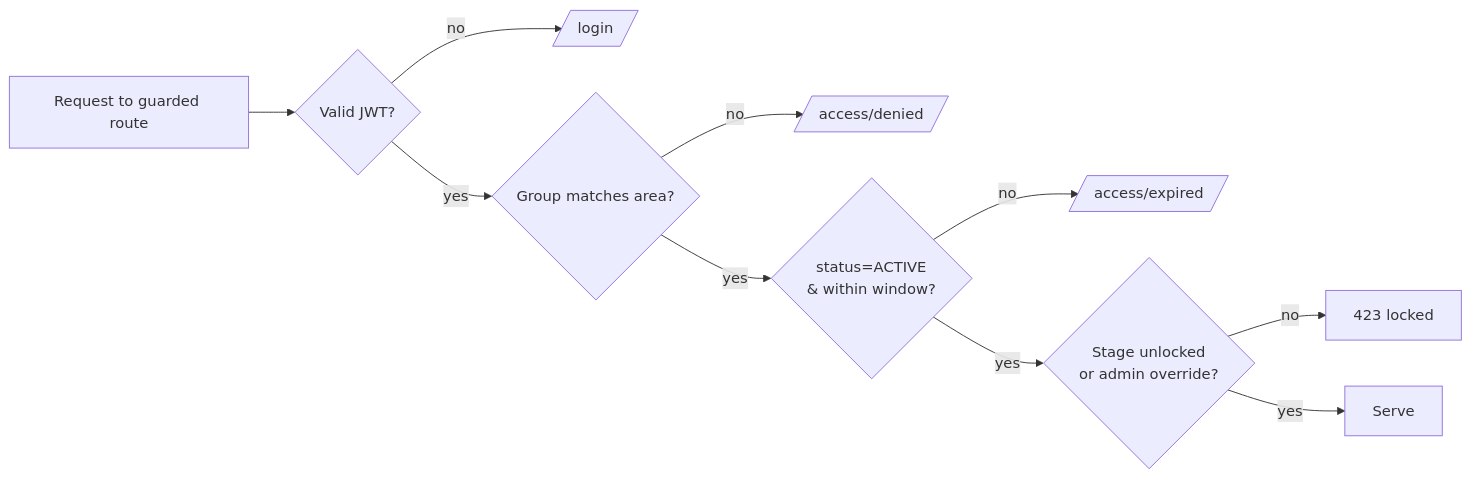
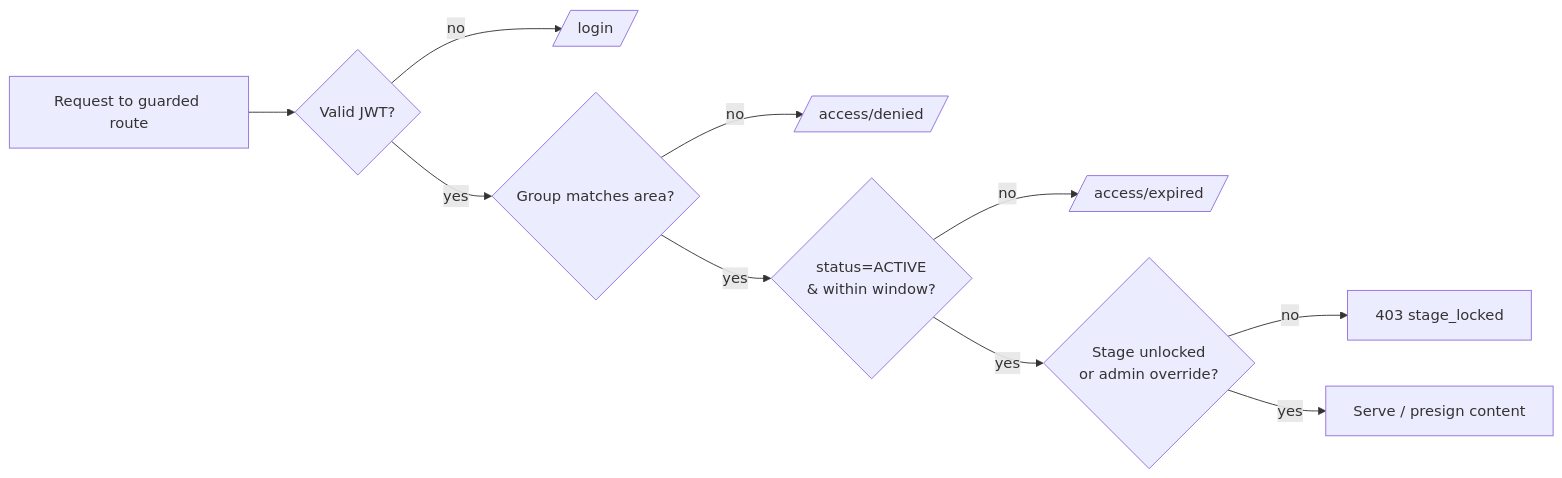
Before and after one commit to tccao/stem-career-path-ai-era: the second of 3 diagrams in docs/Architecture-Design.md, drawn with Mermaid. The commit also changed other lines of this file and 7 other files, not shown here.

Commit message:
refactor: decouple donation flow from Stripe to Zeffy for launch and initialize platform documentation suite

````diff
--- a/docs/Architecture-Design.md
+++ b/docs/Architecture-Design.md
@@ -282,12 +304,12 @@
 ```mermaid
 flowchart LR
     R[Request to guarded route] --> A{Valid JWT?}
     A -- no --> L[/login/]
     A -- yes --> G{Group matches area?}
     G -- no --> D[/access/denied/]
     G -- yes --> S{status=ACTIVE<br/>& within window?}
     S -- no --> E[/access/expired/]
     S -- yes --> Z{Stage unlocked<br/>or admin override?}
-    Z -- no --> LK[423 locked]
-    Z -- yes --> OK[Serve]
+    Z -- no --> LK[403 stage_locked]
+    Z -- yes --> OK[Serve / presign content]
 ```
````
